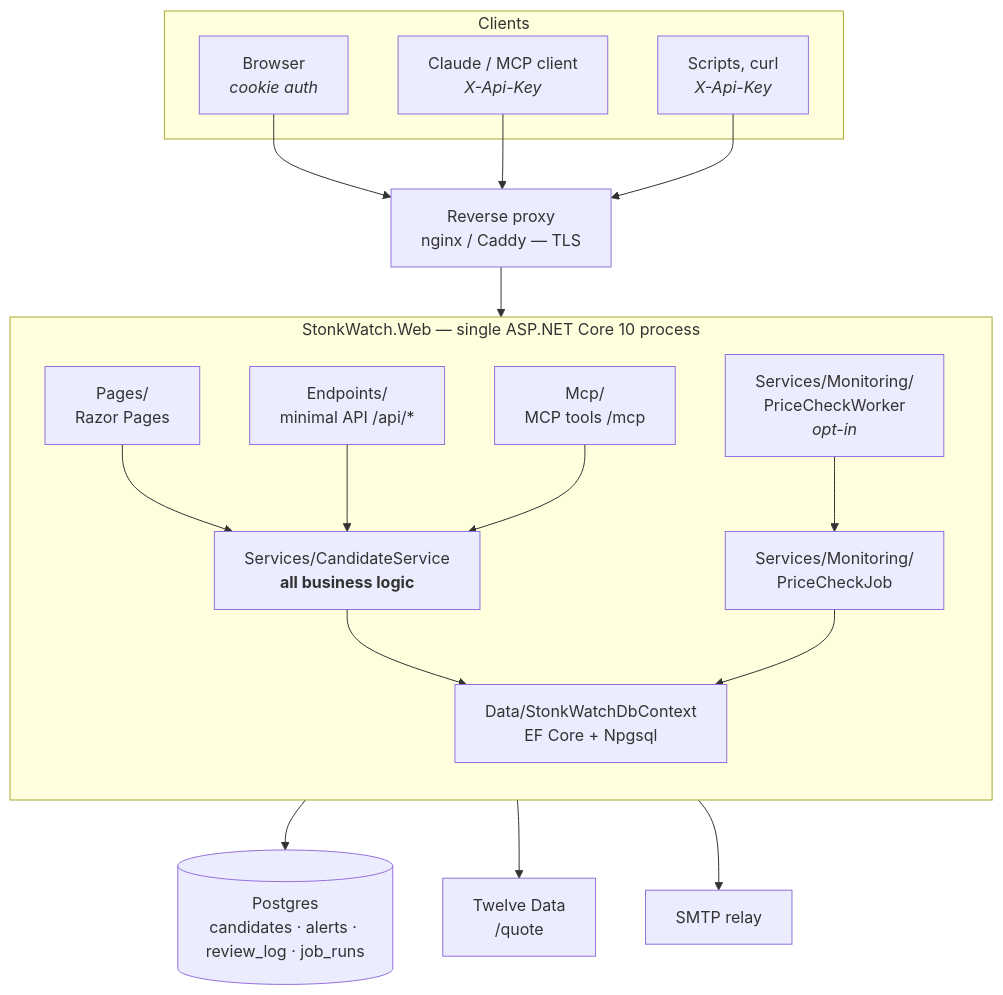
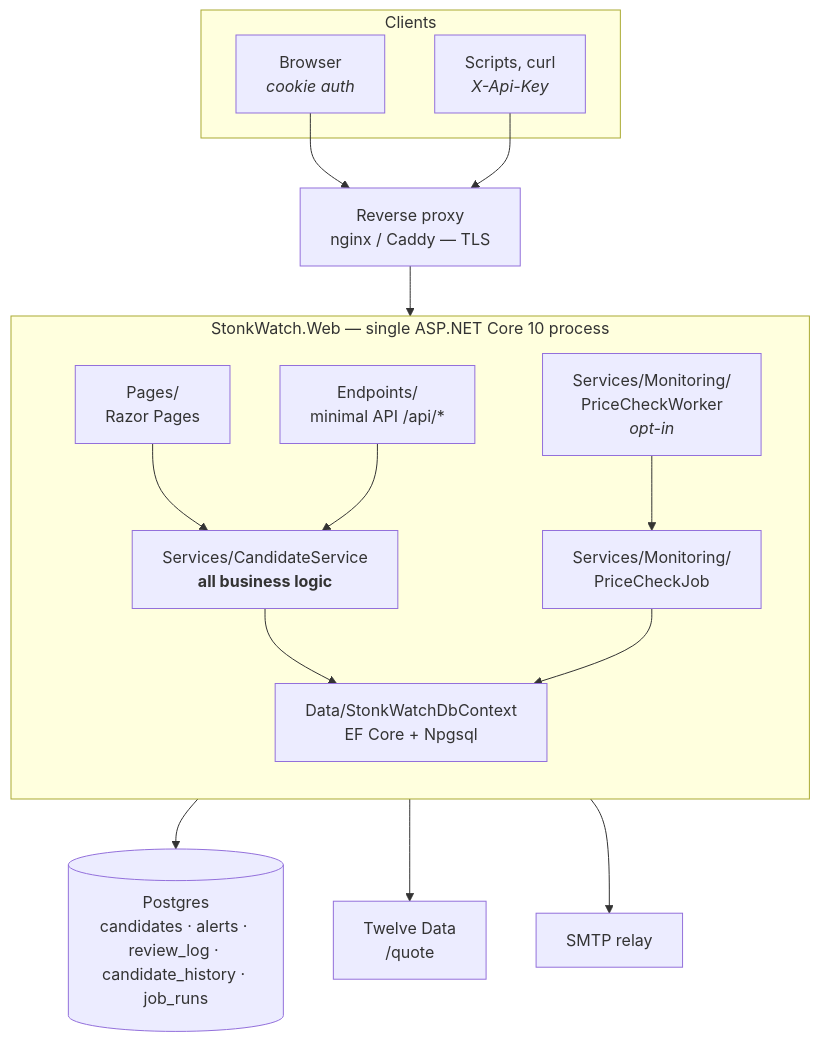
One commit to Darkamui/StonkWatch changed the first of 7 diagrams in docs/architecture.md. Above: the diagram before and after it, drawn with Mermaid. The commit also changed other lines of this file and 30 other files, not shown here.

First line of the commit message:
Replace add/update candidate forms with JSON paste; drop MCP server

````diff
--- a/docs/architecture.md
+++ b/docs/architecture.md
@@ -8,40 +8,36 @@
 ```mermaid
 flowchart TB
     subgraph clients["Clients"]
         Browser["Browser<br/><i>cookie auth</i>"]
-        Claude["Claude / MCP client<br/><i>X-Api-Key</i>"]
         Script["Scripts, curl<br/><i>X-Api-Key</i>"]
     end
 
     Proxy["Reverse proxy<br/>nginx / Caddy — TLS"]
 
     subgraph app["StonkWatch.Web — single ASP.NET Core 10 process"]
         direction TB
         Pages["Pages/<br/>Razor Pages"]
         Endpoints["Endpoints/<br/>minimal API /api/*"]
-        Mcp["Mcp/<br/>MCP tools /mcp"]
         Worker["Services/Monitoring/<br/>PriceCheckWorker<br/><i>opt-in</i>"]
         Service["Services/CandidateService<br/><b>all business logic</b>"]
         Job["Services/Monitoring/<br/>PriceCheckJob"]
         Ef["Data/StonkWatchDbContext<br/>EF Core + Npgsql"]
 
         Pages --> Service
         Endpoints --> Service
-        Mcp --> Service
         Worker --> Job
         Service --> Ef
         Job --> Ef
     end
 
-    Pg[("Postgres<br/>candidates · alerts · review_log · job_runs")]
+    Pg[("Postgres<br/>candidates · alerts · review_log · candidate_history · job_runs")]
     Quotes["Twelve Data<br/>/quote"]
     Smtp["SMTP relay"]
 
     Browser --> Proxy
-    Claude --> Proxy
     Script --> Proxy
     Proxy --> app
     Ef --> Pg
     Job --> Quotes
     Job --> Smtp
 ```
````
